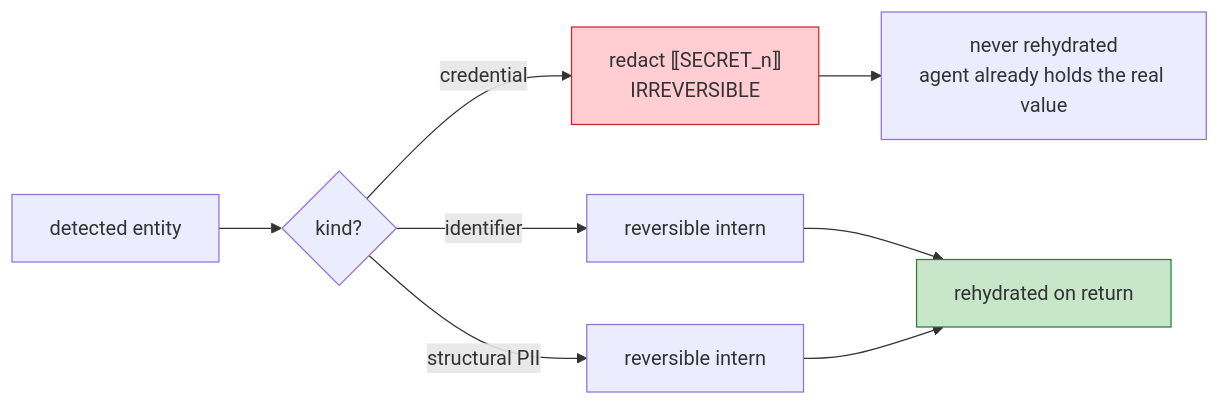
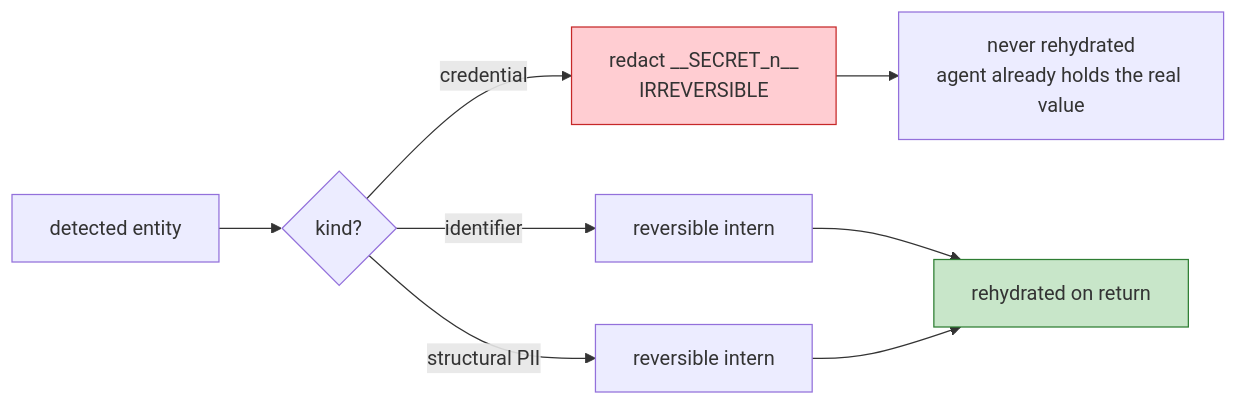
Before and after one commit to ai-hpc/PrivacyProxy: the tenth of 14 diagrams in ARCHITECTURE.md, drawn with Mermaid. The commit also changed other lines of this file, not shown here.

First line of the commit message:
docs: sync ARCHITECTURE placeholder format to __TAG_N__

````diff
--- a/ARCHITECTURE.md
+++ b/ARCHITECTURE.md
@@ -431,13 +431,13 @@
 ```mermaid
 flowchart LR
     e["detected entity"] --> k{"kind?"}
-    k -->|"credential"| red["redact ⟦SECRET_n⟧<br/>IRREVERSIBLE"]
+    k -->|"credential"| red["redact __SECRET_n__<br/>IRREVERSIBLE"]
     k -->|"identifier"| rev1["reversible intern"]
     k -->|"structural PII"| rev2["reversible intern"]
     red --> never["never rehydrated<br/>agent already holds the real value"]
     rev1 --> resto["rehydrated on return"]
     rev2 --> resto
 
     style red fill:#ffcdd2,stroke:#c62828
     style resto fill:#c8e6c9,stroke:#2e7d32
 ```
````
